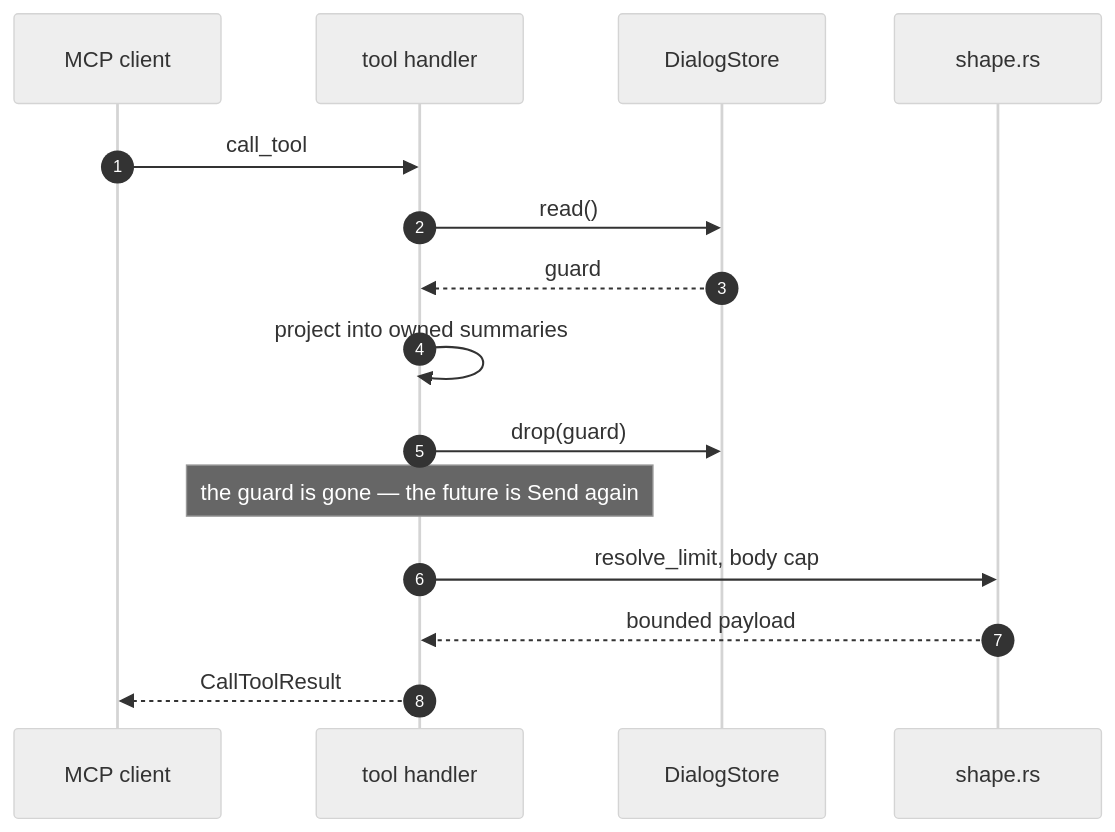
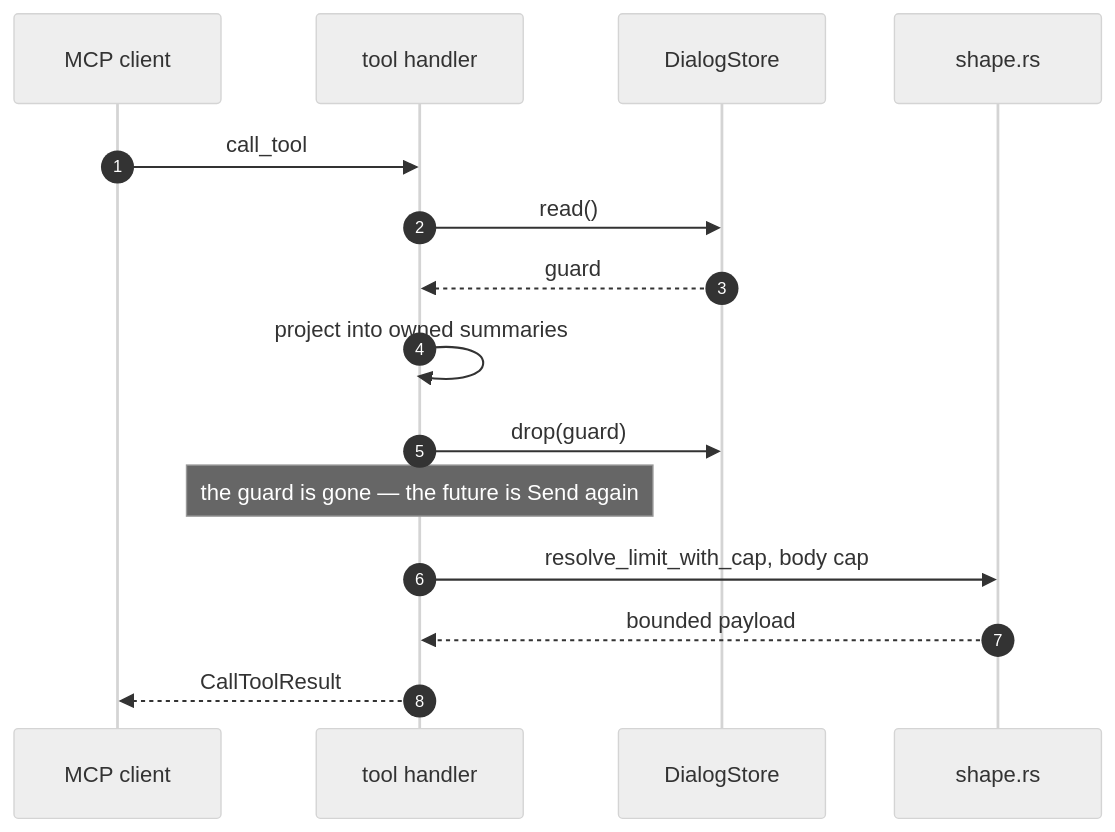
One commit to NormB/sipnab changed the second of 2 diagrams in docs/internals/walkthroughs.md. Above: the diagram before and after it, drawn with Mermaid (neutral theme). The commit also changed other lines of this file and 7 other files, not shown here.

````diff
--- a/docs/internals/walkthroughs.md
+++ b/docs/internals/walkthroughs.md
@@ -137,18 +147,18 @@
 ```mermaid
 sequenceDiagram
     autonumber
     participant Client as MCP client
     participant Tool as tool handler
     participant DS as DialogStore
     participant Shape as shape.rs
 
     Client->>Tool: call_tool
     Tool->>DS: read()
     DS-->>Tool: guard
     Tool->>Tool: project into owned summaries
     Tool->>DS: drop(guard)
     Note over Tool: the guard is gone — the future is Send again
-    Tool->>Shape: resolve_limit, body cap
+    Tool->>Shape: resolve_limit_with_cap, body cap
     Shape-->>Tool: bounded payload
     Tool-->>Client: CallToolResult
 ```
````
